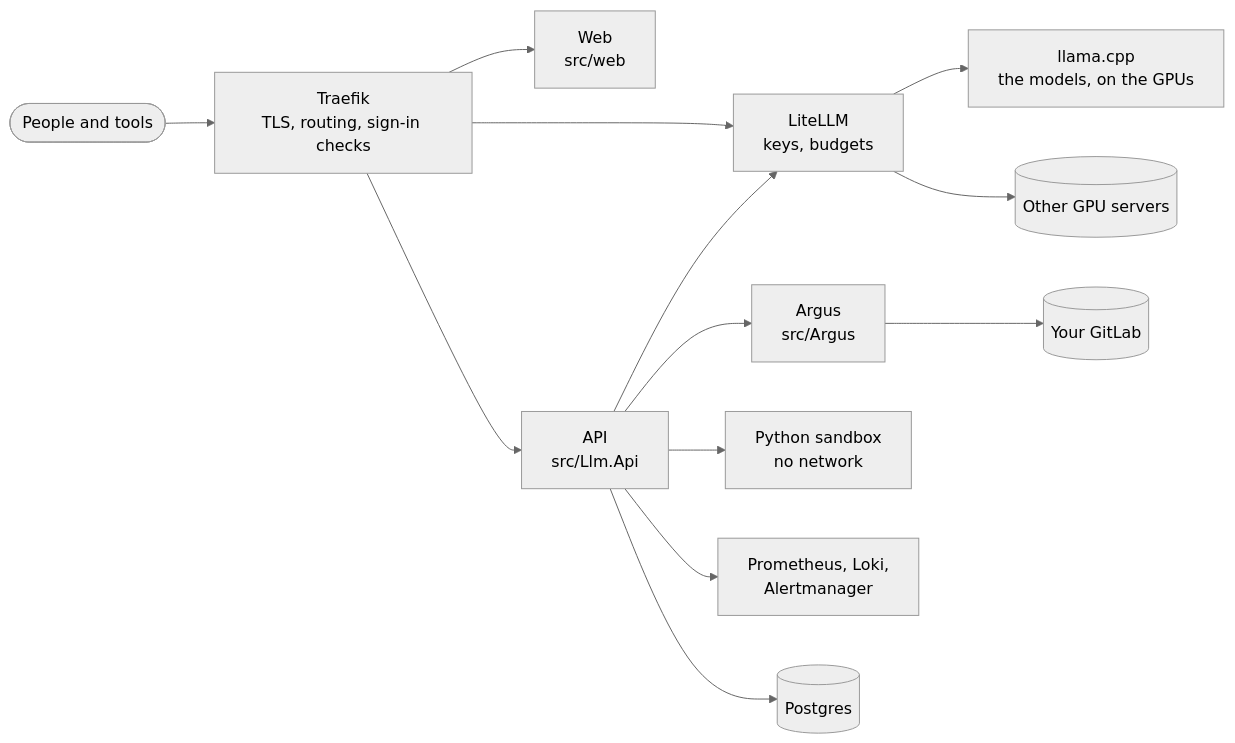
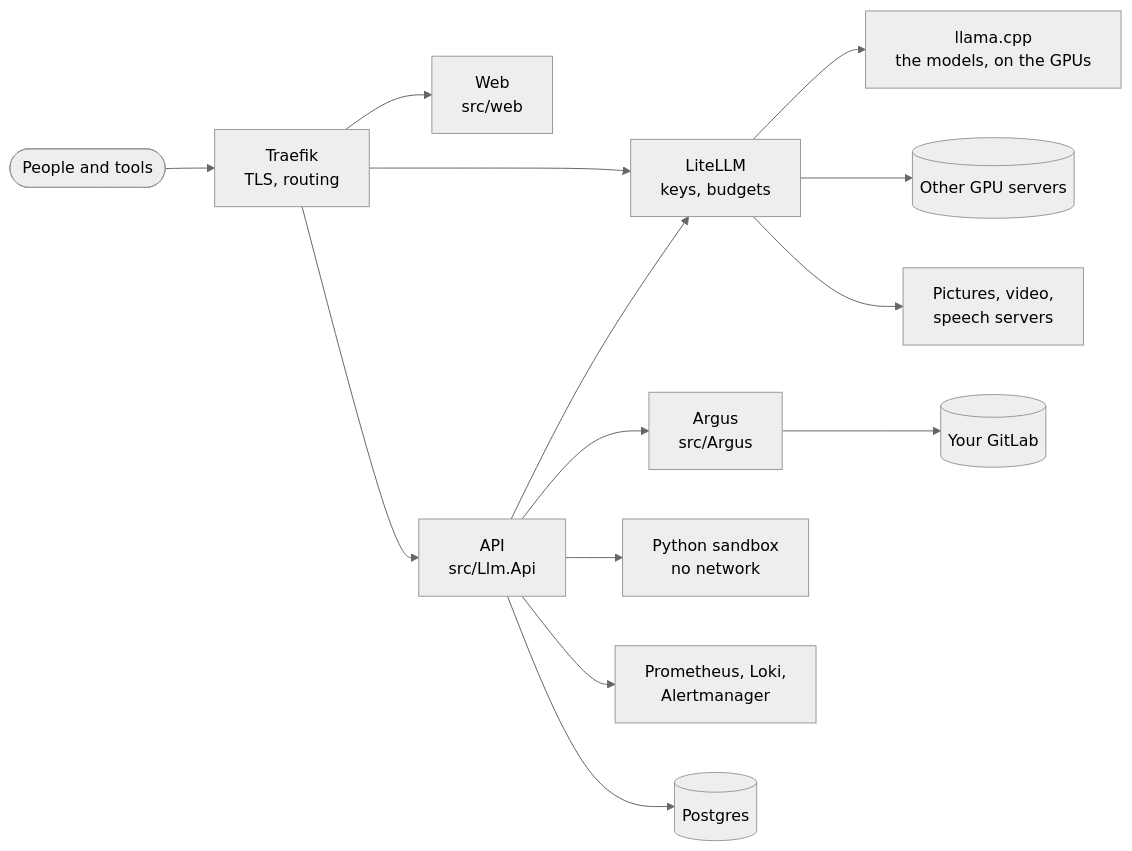
Before and after one commit to Binchitects/argus: the diagram in README.md, drawn with Mermaid (neutral theme). The commit also changed other lines of this file and 15 other files, not shown here.

````diff
--- a/README.md
+++ b/README.md
@@ -55,14 +58,15 @@
 ```mermaid
 flowchart LR
-  person([People and tools]) --> traefik[Traefik<br/>TLS, routing, sign-in checks]
+  person([People and tools]) --> traefik[Traefik<br/>TLS, routing]
   traefik --> web[Web<br/>src/web]
   traefik --> api[API<br/>src/Llm.Api]
   traefik --> gateway[LiteLLM<br/>keys, budgets]
   api --> gateway --> engine[llama.cpp<br/>the models, on the GPUs]
   gateway --> remote[(Other GPU servers)]
   api --> argus[Argus<br/>src/Argus]
   api --> sandbox[Python sandbox<br/>no network]
+  gateway --> media[Pictures, video,<br/>speech servers]
   api --> obs[Prometheus, Loki,<br/>Alertmanager]
   argus --> gitlab[(Your GitLab)]
   api --> pg[(Postgres)]
 ```
````
